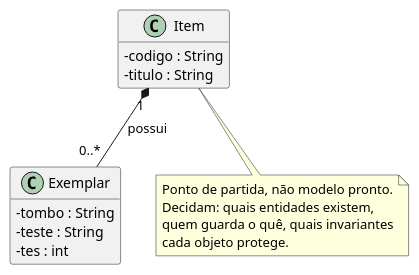
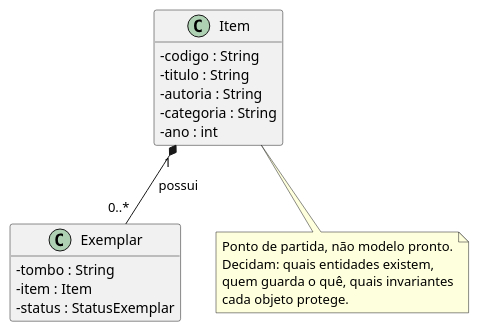
One commit to poo-dcx-2026-2/Null-de-Ideias changed the diagram in docs/teste.puml. Above: the diagram before and after it, drawn with PlantUML.

Commit message:
adicionando classes no teste.puml

```diff
--- a/docs/teste.puml
+++ b/docs/teste.puml
@@ -1,34 +1,38 @@
 @startuml
 ' Modelo de domínio do sistema: Entrega 1.
 '
 ' Este arquivo é o ponto de partida. Substitua pelo modelo da sua equipe.
 ' O diagrama precisa corresponder ao código entregue.
 '
 ' Para gerar a imagem: instale o plugin PlantUML no IntelliJ, ou use
 '   plantuml docs/modelo.puml
 ' e versione a imagem gerada ao lado deste arquivo.
 
 skinparam classAttributeIconSize 0
 hide empty members
 
 class Item {
   - codigo : String
   - titulo : String
+  - autoria : String
+  - categoria : String
+  - ano : int
+
 }
 
 class Exemplar {
   - tombo : String
-  - teste : String
-  - tes : int
+  - item : Item
+  - status : StatusExemplar
 }
 
 Item "1" *-- "0..*" Exemplar : possui
 
 note bottom of Item
   Ponto de partida, não modelo pronto.
   Decidam: quais entidades existem,
   quem guarda o quê, quais invariantes
   cada objeto protege.
 end note
 
 @enduml
```
